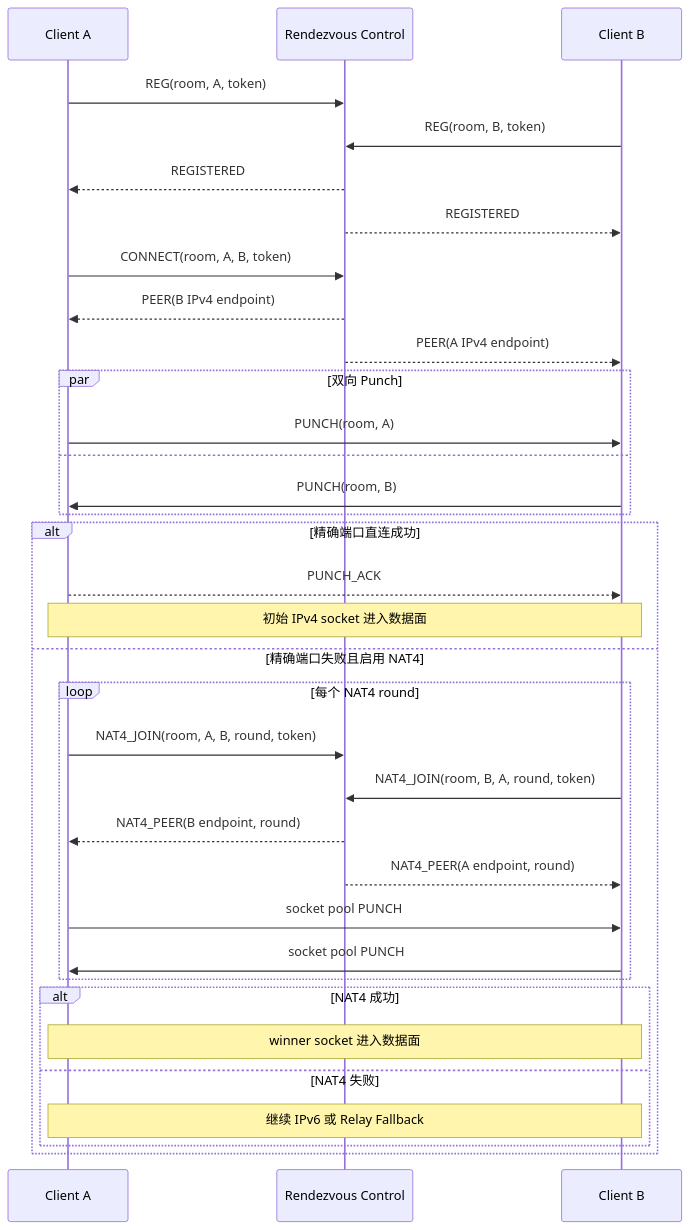
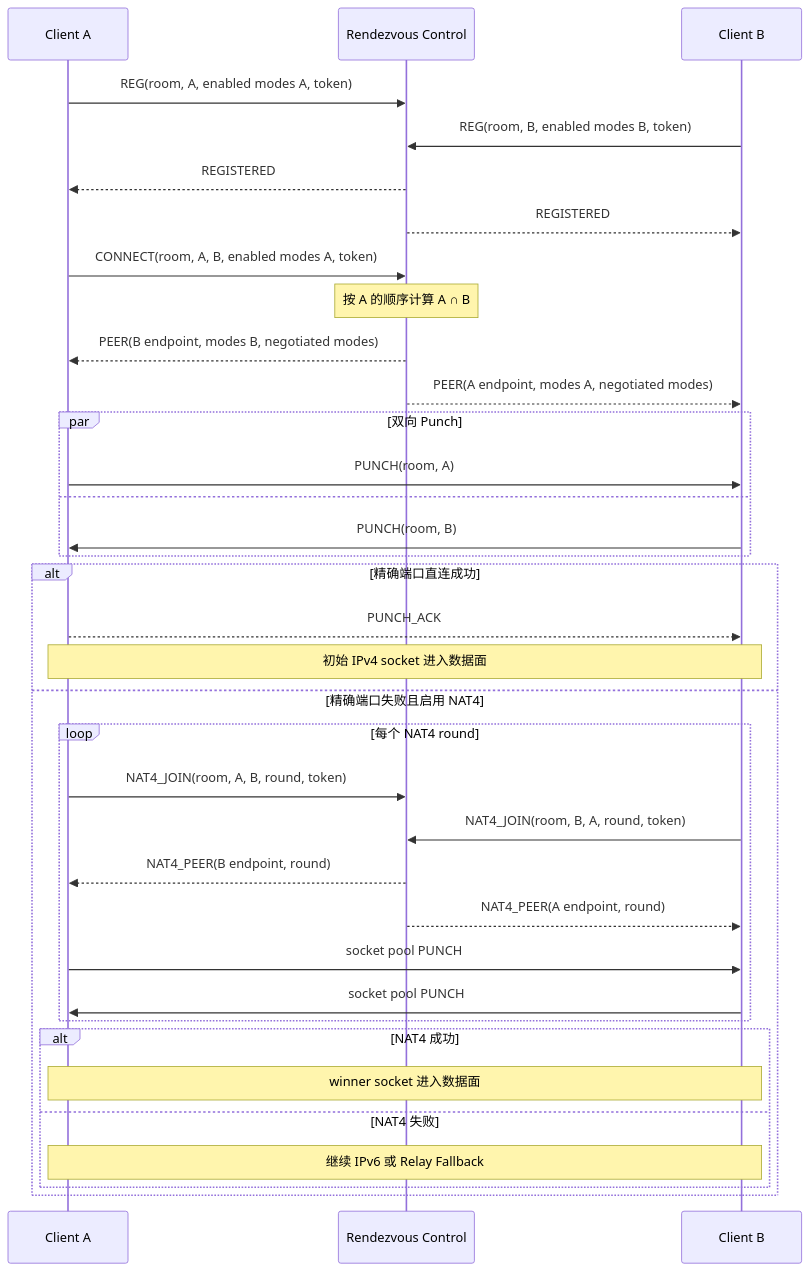
One commit to celeron633/EasyTunnel changed the third of 8 diagrams in doc/state-machine.md. Above: the diagram before and after it, drawn with Mermaid. The commit also changed other lines of this file and 15 other files, not shown here.

````diff
--- a/doc/state-machine.md
+++ b/doc/state-machine.md
@@ -106,39 +108,40 @@
 ```mermaid
 sequenceDiagram
     participant A as Client A
     participant S as Rendezvous Control
     participant B as Client B
 
-    A->>S: REG(room, A, token)
-    B->>S: REG(room, B, token)
+    A->>S: REG(room, A, enabled modes A, token)
+    B->>S: REG(room, B, enabled modes B, token)
     S-->>A: REGISTERED
     S-->>B: REGISTERED
-    A->>S: CONNECT(room, A, B, token)
-    S-->>A: PEER(B IPv4 endpoint)
-    S-->>B: PEER(A IPv4 endpoint)
+    A->>S: CONNECT(room, A, B, enabled modes A, token)
+    Note over S: 按 A 的顺序计算 A ∩ B
+    S-->>A: PEER(B endpoint, modes B, negotiated modes)
+    S-->>B: PEER(A endpoint, modes A, negotiated modes)
 
     par 双向 Punch
         A->>B: PUNCH(room, A)
     and
         B->>A: PUNCH(room, B)
     end
 
     alt 精确端口直连成功
         A-->>B: PUNCH_ACK
         Note over A,B: 初始 IPv4 socket 进入数据面
     else 精确端口失败且启用 NAT4
         loop 每个 NAT4 round
             A->>S: NAT4_JOIN(room, A, B, round, token)
             B->>S: NAT4_JOIN(room, B, A, round, token)
             S-->>A: NAT4_PEER(B endpoint, round)
             S-->>B: NAT4_PEER(A endpoint, round)
             A->>B: socket pool PUNCH
             B->>A: socket pool PUNCH
         end
         alt NAT4 成功
             Note over A,B: winner socket 进入数据面
         else NAT4 失败
             Note over A,B: 继续 IPv6 或 Relay Fallback
         end
     end
 ```
````
